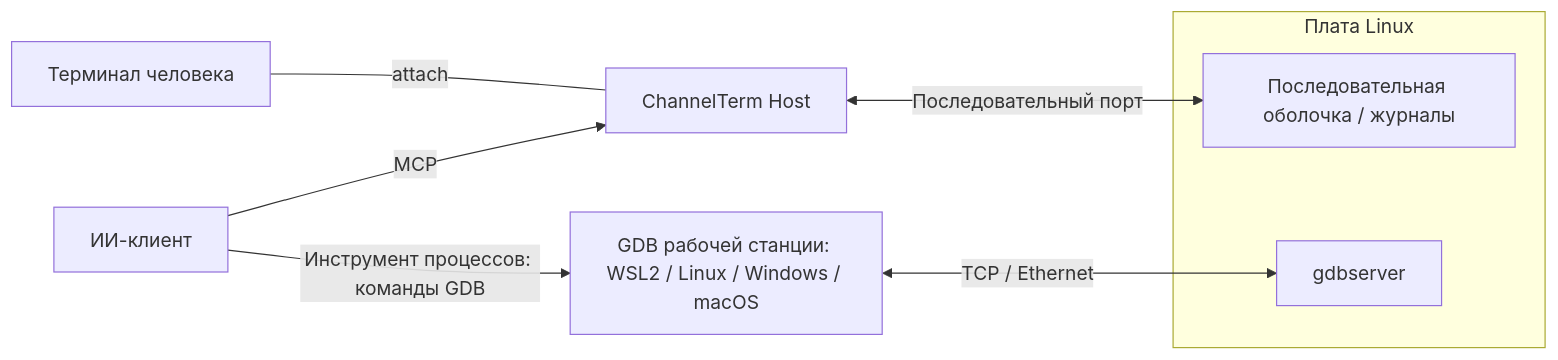
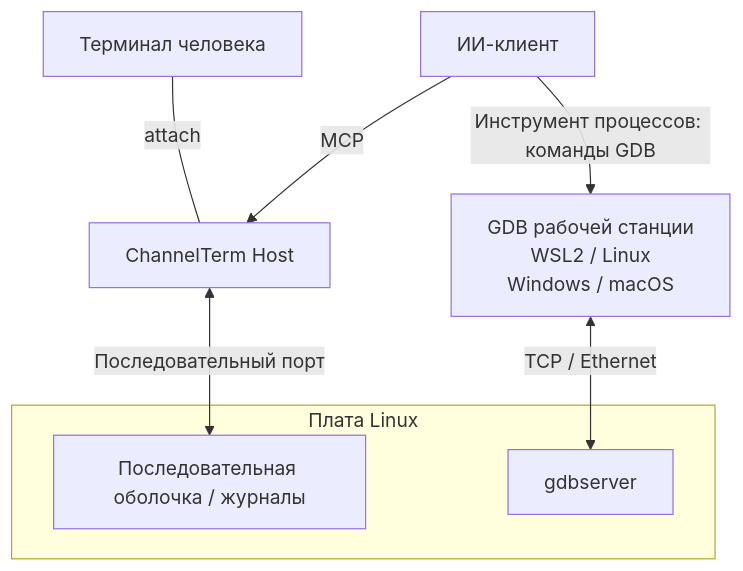
Before and after one commit to akira-init1/ChannelTerm: the third of 3 diagrams in README.ru.md, drawn with Mermaid. The commit also changed other lines of this file and 13 other files, not shown here.

First line of the commit message:
docs(diagrams): clarify shared terminal and debugger data flows

````diff
--- a/README.ru.md
+++ b/README.ru.md
@@ -302,16 +306,16 @@
 ```mermaid
-flowchart LR
+flowchart TB
     AI["ИИ-клиент"]
     Human["Терминал человека"]
     Host["ChannelTerm Host"]
-    GDB["GDB рабочей станции: WSL2 / Linux / Windows / macOS"]
+    GDB["GDB рабочей станции<br/>WSL2 / Linux<br/>Windows / macOS"]
     subgraph Board["Плата Linux"]
         Console["Последовательная оболочка / журналы"]
         Server["gdbserver"]
     end
     Human ---|"attach"| Host
     AI -->|"MCP"| Host
     AI -->|"Инструмент процессов: команды GDB"| GDB
     Host <-->|"Последовательный порт"| Console
     GDB <-->|"TCP / Ethernet"| Server
 ```
````
